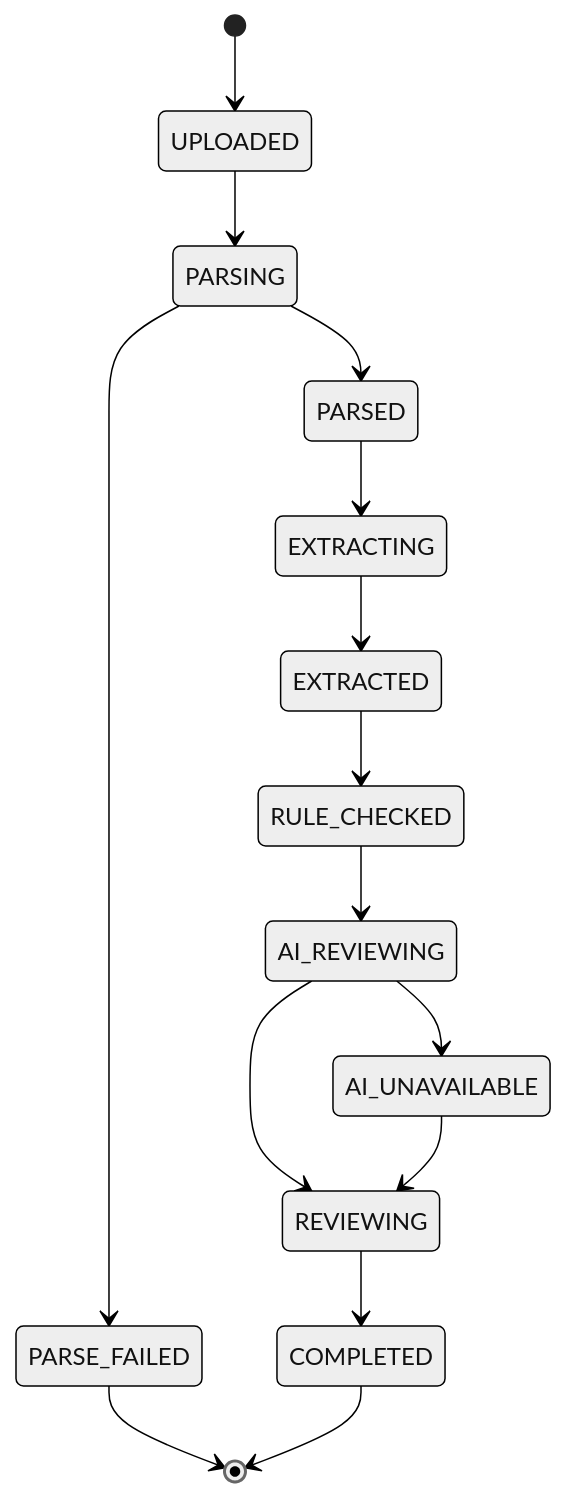
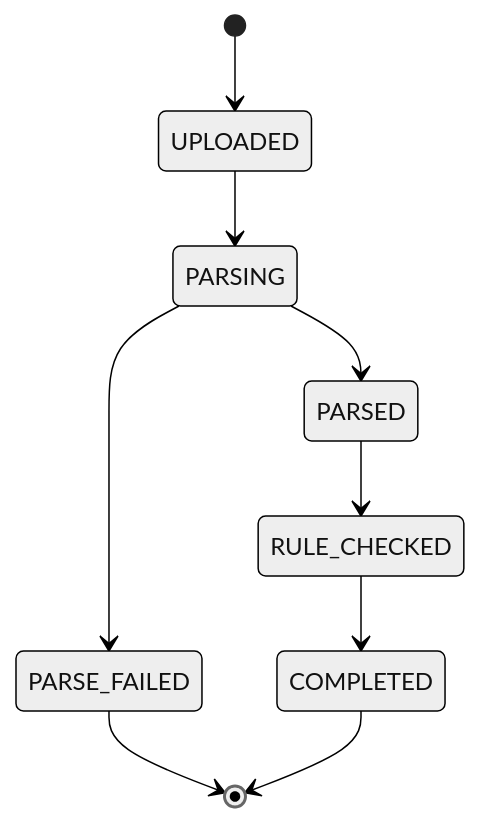
One commit to zbfm123/xm changed the first of 2 diagrams in docs/modules/workflow.md. Above: the diagram before and after it, drawn with Mermaid (neutral theme). The commit also changed other lines of this file, not shown here.

```diff
--- a/docs/modules/workflow.md
+++ b/docs/modules/workflow.md
@@ -62,17 +66,11 @@
 ~~~mermaid
 stateDiagram-v2
     [*] --> UPLOADED
     UPLOADED --> PARSING
+    PARSING --> PARSED
     PARSING --> PARSE_FAILED
-    PARSING --> PARSED
-    PARSED --> EXTRACTING
-    EXTRACTING --> EXTRACTED
-    EXTRACTED --> RULE_CHECKED
-    RULE_CHECKED --> AI_REVIEWING
-    AI_REVIEWING --> AI_UNAVAILABLE
-    AI_REVIEWING --> REVIEWING
-    AI_UNAVAILABLE --> REVIEWING
-    REVIEWING --> COMPLETED
+    PARSED --> RULE_CHECKED
+    RULE_CHECKED --> COMPLETED
     PARSE_FAILED --> [*]
     COMPLETED --> [*]
 ~~~
```
